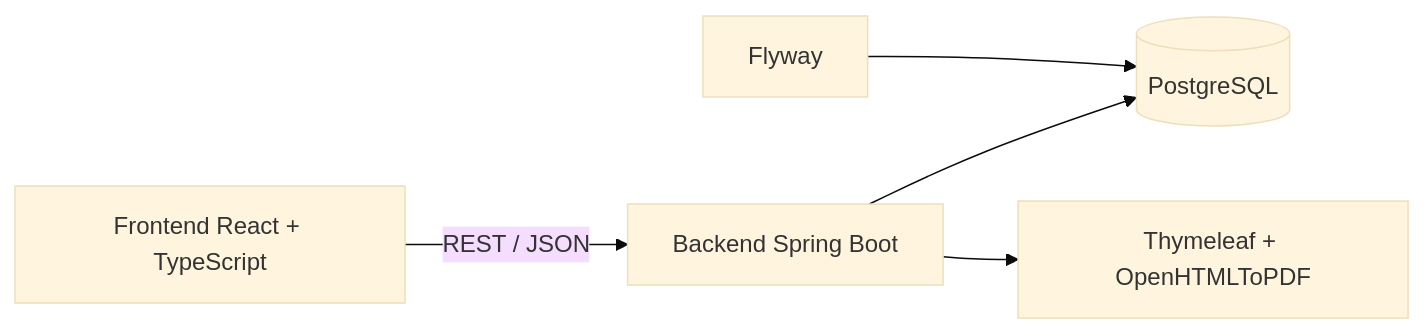
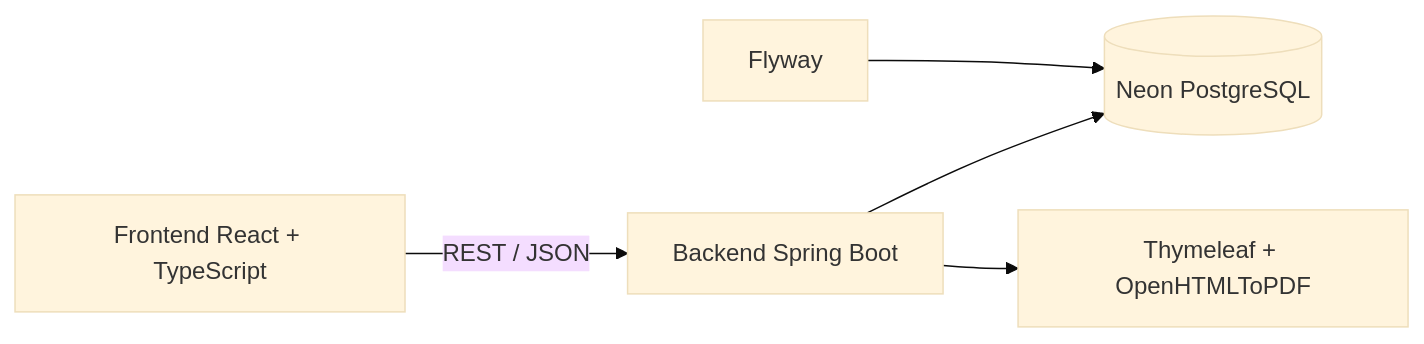
The first of 4 diagrams in backend/README.md (Fran3103/CocktailOps), drawn with Mermaid (base theme) before and after one commit. The commit also changed other lines of this file, not shown here.

````diff
--- a/backend/README.md
+++ b/backend/README.md
@@ -1110,13 +1344,13 @@
 ```mermaid
 flowchart LR
     FE[Frontend React + TypeScript]
     BE[Backend Spring Boot]
-    DB[(PostgreSQL)]
+    DB[(Neon PostgreSQL)]
     PDF[Thymeleaf + OpenHTMLToPDF]
     FLY[Flyway]
 
     FE -->|REST / JSON| BE
     BE --> DB
     BE --> PDF
     FLY --> DB
 ```
````
